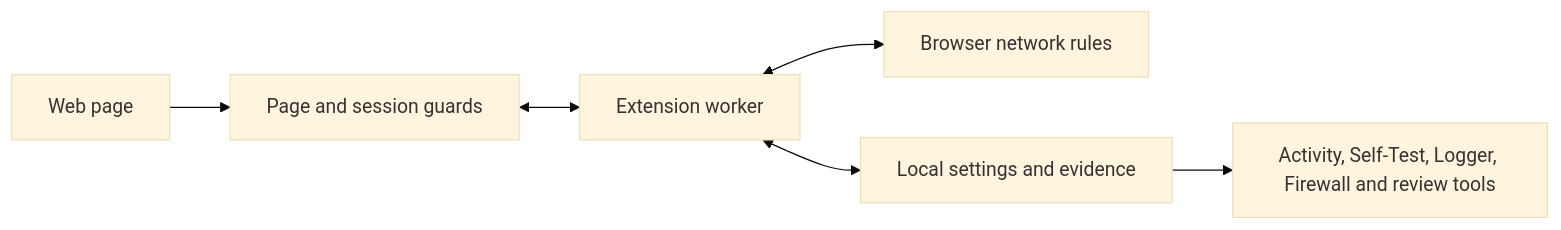
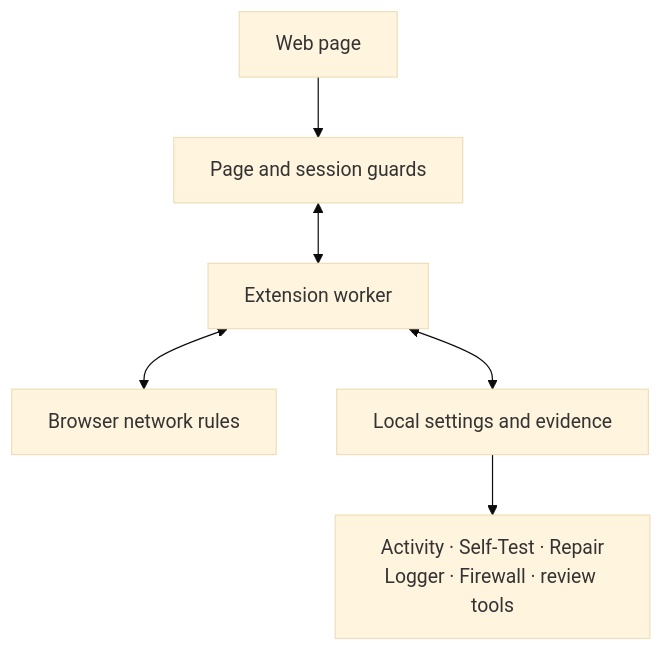
The diagram in README.md (iri-dev/WardenOne), drawn with Mermaid (base theme) before and after one commit. The commit also changed other lines of this file and 1 other file, not shown here.

````diff
--- a/README.md
+++ b/README.md
@@ -1049,8 +1066,8 @@
 ```mermaid
-flowchart LR
+flowchart TB
     Page[Web page] --> Guards[Page and session guards]
     Guards <--> Worker[Extension worker]
     Worker <--> Network[Browser network rules]
     Worker <--> Local[Local settings and evidence]
-    Local --> Tools[Activity, Self-Test, Logger, Firewall and review tools]
+    Local --> Tools["Activity · Self-Test · Repair<br/>Logger · Firewall · review tools"]
 ```
````
